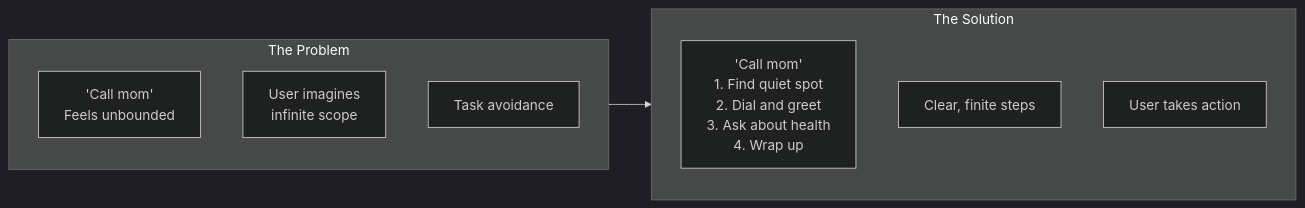
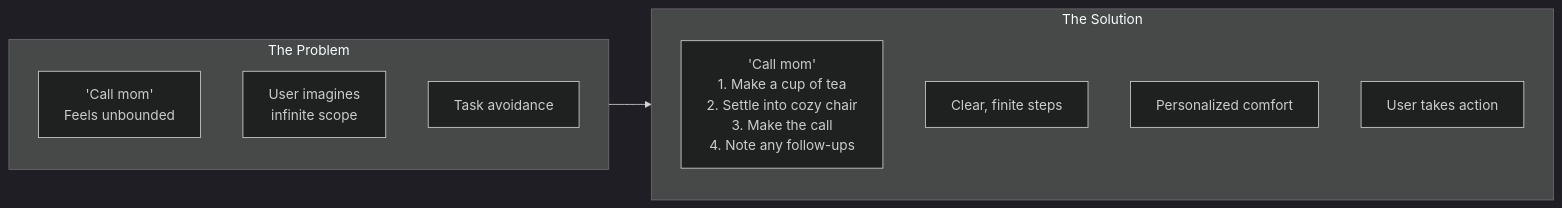
The sixth of 22 diagrams in docs/task-lifecycle.md (NickBorgers/hide-my-list), drawn with Mermaid (dark theme) before and after one commit. The commit also changed other lines of this file and 4 other files, not shown here.

````diff
--- a/docs/task-lifecycle.md
+++ b/docs/task-lifecycle.md
@@ -161,16 +165,17 @@
 ```mermaid
 flowchart LR
     subgraph Problem["The Problem"]
         Vague["'Call mom'<br/>Feels unbounded"]
         Infinite["User imagines<br/>infinite scope"]
         Avoidance["Task avoidance"]
     end
 
     subgraph Solution["The Solution"]
-        Specific["'Call mom'<br/>1. Find quiet spot<br/>2. Dial and greet<br/>3. Ask about health<br/>4. Wrap up"]
+        Specific["'Call mom'<br/>1. Make a cup of tea<br/>2. Settle into cozy chair<br/>3. Make the call<br/>4. Note any follow-ups"]
         Bounded["Clear, finite steps"]
+        Comfort["Personalized comfort"]
         Action["User takes action"]
     end
 
     Problem --> Solution
 ```
````
